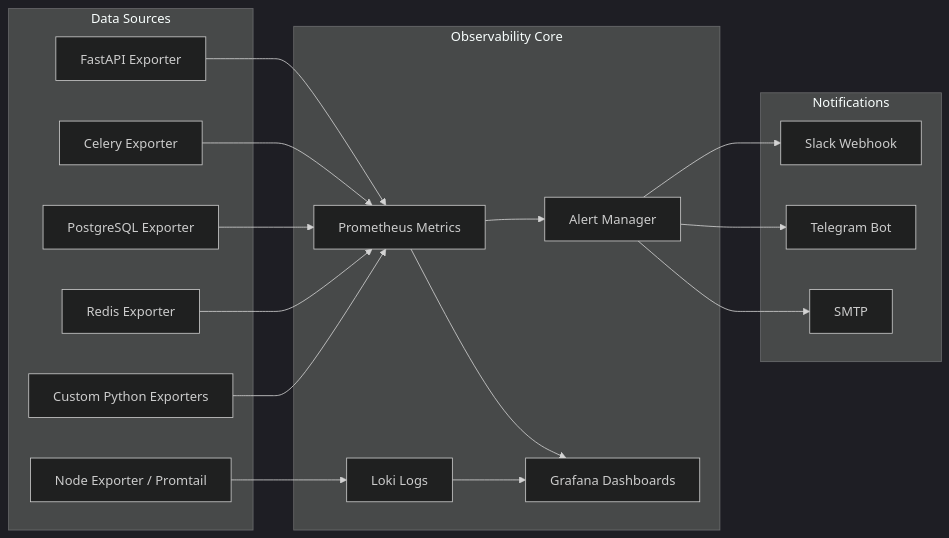
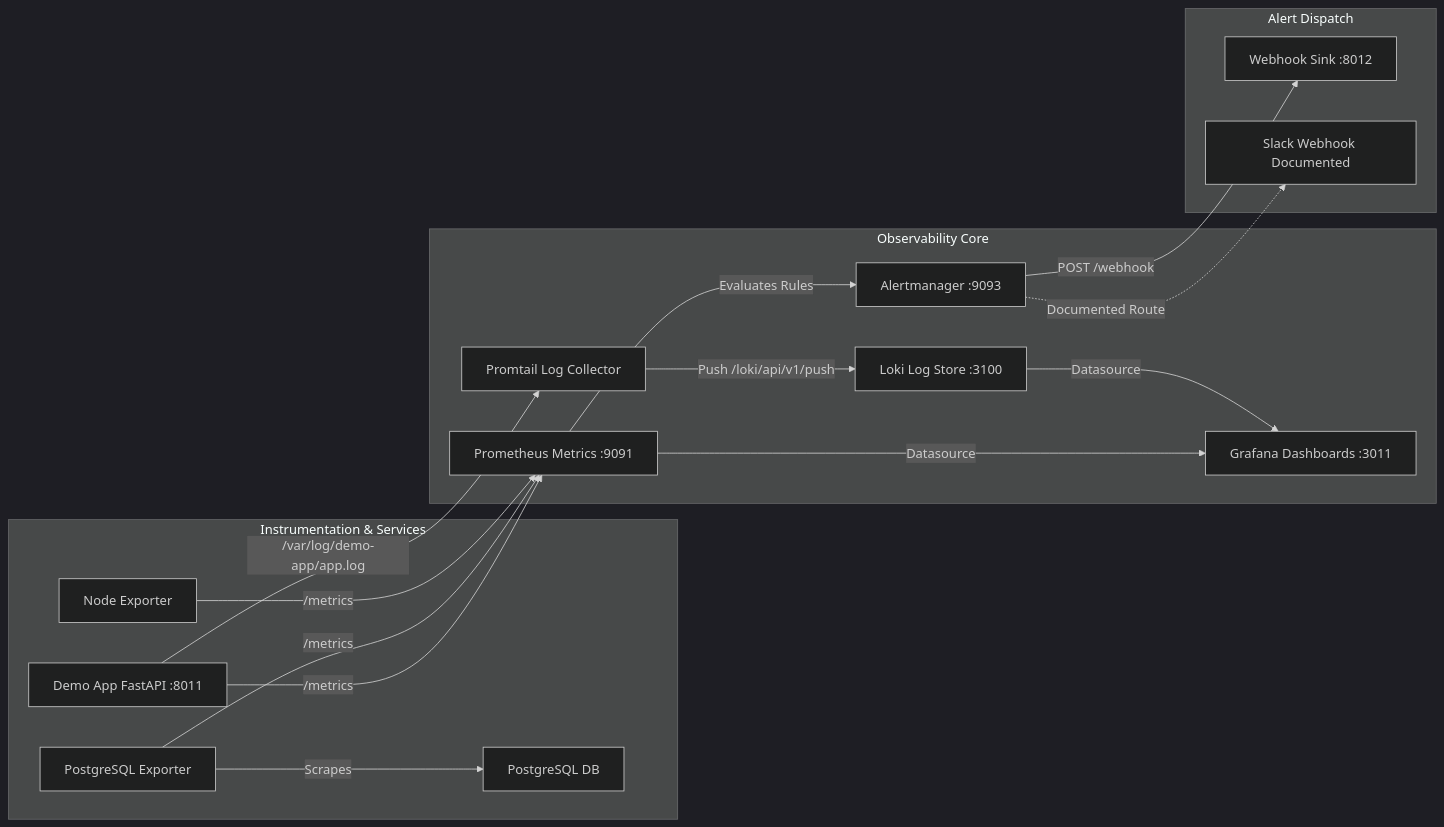
One commit to valarcon1226/IBM-Agentric-IA-labs changed the diagram in Portfolio-Automation/11-monitoring-dashboard/README.md. Above: the diagram before and after it, drawn with Mermaid (dark theme). The commit also changed other lines of this file and 1 other file, not shown here.

````diff
--- a/Portfolio-Automation/11-monitoring-dashboard/README.md
+++ b/Portfolio-Automation/11-monitoring-dashboard/README.md
@@ -15,39 +23,37 @@
 ```mermaid
 flowchart LR
-    subgraph Data Sources
-        FastAPI[FastAPI Exporter]
-        Celery[Celery Exporter]
-        Postgres[PostgreSQL Exporter]
-        Redis[Redis Exporter]
-        Scrapers[Custom Python Exporters]
-        Docker[Node Exporter / Promtail]
-    end
-    
-    subgraph Observability Core
-        Prometheus[Prometheus Metrics]
-        Loki[Loki Logs]
-        AlertManager[Alert Manager]
-        Grafana[Grafana Dashboards]
-    end
-    
-    subgraph Notifications
-        Slack[Slack Webhook]
-        Telegram[Telegram Bot]
-        Email[SMTP]
+    subgraph Instrumentation & Services
+        DemoApp[Demo App FastAPI :8011]
+        Postgres[PostgreSQL DB]
+        PgExporter[PostgreSQL Exporter]
+        NodeExporter[Node Exporter]
     end
 
-    FastAPI --> Prometheus
-    Celery --> Prometheus
-    Postgres --> Prometheus
-    Redis --> Prometheus
-    Scrapers --> Prometheus
-    Docker --> Loki
-    
-    Prometheus --> Grafana
-    Loki --> Grafana
-    Prometheus --> AlertManager
-    
-    AlertManager --> Slack
-    AlertManager --> Telegram
-    AlertManager --> Email
+    subgraph Observability Core
+        Prometheus[Prometheus Metrics :9091]
+        Promtail[Promtail Log Collector]
+        Loki[Loki Log Store :3100]
+        AlertManager[Alertmanager :9093]
+        Grafana[Grafana Dashboards :3011]
+    end
+
+    subgraph Alert Dispatch
+        WebhookSink[Webhook Sink :8012]
+        SlackDoc[Slack Webhook Documented]
+    end
+
+    DemoApp -->|/metrics| Prometheus
+    PgExporter -->|Scrapes| Postgres
+    PgExporter -->|/metrics| Prometheus
+    NodeExporter -->|/metrics| Prometheus
+
+    DemoApp -->|/var/log/demo-app/app.log| Promtail
+    Promtail -->|Push /loki/api/v1/push| Loki
+
+    Prometheus -->|Evaluates Rules| AlertManager
+    AlertManager -->|POST /webhook| WebhookSink
+    AlertManager -.->|Documented Route| SlackDoc
+
+    Prometheus -->|Datasource| Grafana
+    Loki -->|Datasource| Grafana
 ```
````
